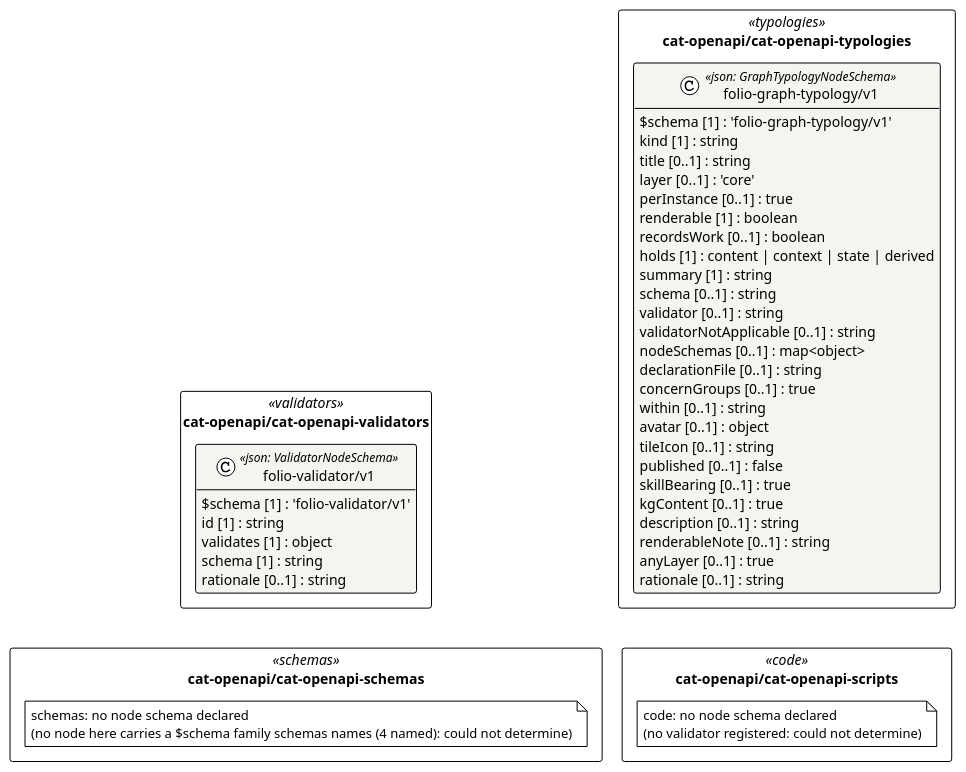
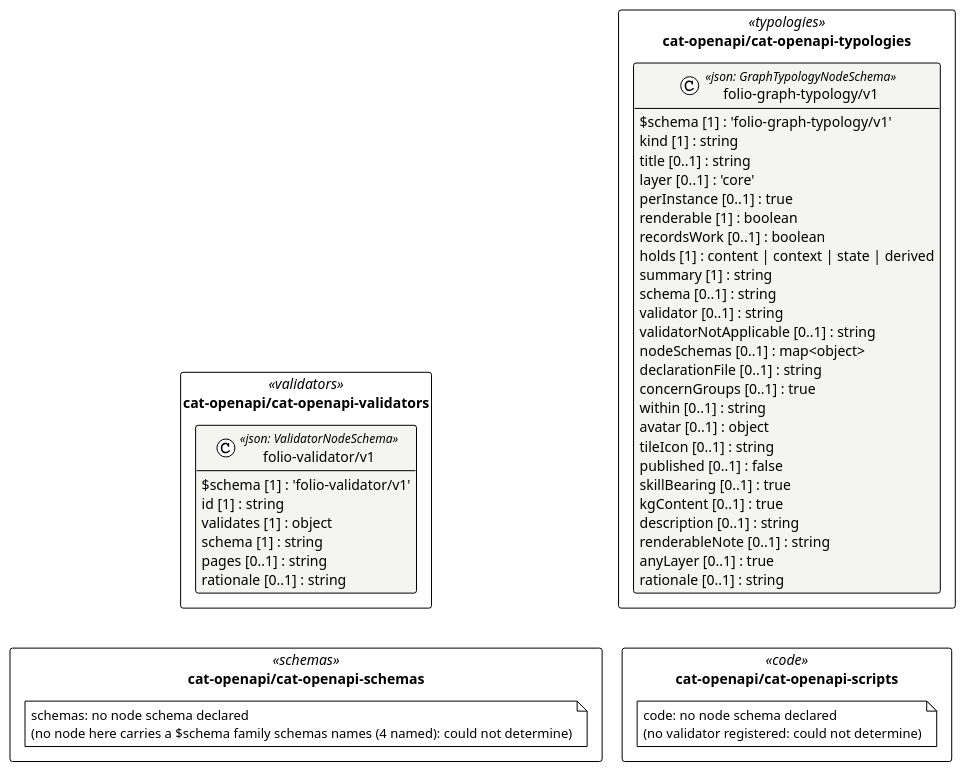
The diagram in cat-harness/uml/overview/cat-openapi.puml (litlfred/folio-assistant), drawn with PlantUML before and after one commit. The commit also changed 76 other files, not shown here.

```diff
--- a/cat-harness/uml/overview/cat-openapi.puml
+++ b/cat-harness/uml/overview/cat-openapi.puml
@@ -3,57 +3,58 @@
 @startuml cat_openapi
 !pragma layout elk
 !theme plain
 skinparam classAttributeIconSize 0
 skinparam shadowing false
 skinparam packageStyle rectangle
 hide empty methods
 
 package "cat-openapi/cat-openapi-validators" as pkg_cat_openapi_cat_openapi_validators <<validators>> {
   class "folio-validator/v1" as cat_openapi_cat_openapi_validators_folio_validator_v1_folio_validator_v1 <<json: ValidatorNodeSchema>> #f4f4f1 {
     $schema [1] : 'folio-validator/v1'
     id [1] : string
     validates [1] : object
     schema [1] : string
+    pages [0..1] : string
     rationale [0..1] : string
   }
 }
 package "cat-openapi/cat-openapi-typologies" as pkg_cat_openapi_cat_openapi_typologies <<typologies>> {
   class "folio-graph-typology/v1" as cat_openapi_cat_openapi_typologies_folio_graph_typology_v1_folio_graph_typology_v1 <<json: GraphTypologyNodeSchema>> #f4f4f1 {
     $schema [1] : 'folio-graph-typology/v1'
     kind [1] : string
     title [0..1] : string
     layer [0..1] : 'core'
     perInstance [0..1] : true
     renderable [1] : boolean
     recordsWork [0..1] : boolean
     holds [1] : content | context | state | derived
     summary [1] : string
     schema [0..1] : string
     validator [0..1] : string
     validatorNotApplicable [0..1] : string
     nodeSchemas [0..1] : map<object>
     declarationFile [0..1] : string
     concernGroups [0..1] : true
     within [0..1] : string
     avatar [0..1] : object
     tileIcon [0..1] : string
     published [0..1] : false
     skillBearing [0..1] : true
     kgContent [0..1] : true
     description [0..1] : string
     renderableNote [0..1] : string
     anyLayer [0..1] : true
     rationale [0..1] : string
   }
 }
 package "cat-openapi/cat-openapi-schemas" as pkg_cat_openapi_cat_openapi_schemas <<schemas>> {
   note "schemas: no node schema declared\n(no node here carries a $schema family schemas names (4 named): could not determine)" as n_cat_openapi_cat_openapi_schemas_schemas
 }
 package "cat-openapi/cat-openapi-scripts" as pkg_cat_openapi_cat_openapi_scripts <<code>> {
   note "code: no node schema declared\n(no validator registered: could not determine)" as n_cat_openapi_cat_openapi_scripts_code
 }
 
 ' grid: portrait, 2 column(s) — pkg_cat_openapi_cat_openapi_validators pkg_cat_openapi_cat_openapi_typologies pkg_cat_openapi_cat_openapi_schemas pkg_cat_openapi_cat_openapi_scripts
 pkg_cat_openapi_cat_openapi_validators -[hidden]down- pkg_cat_openapi_cat_openapi_schemas
 pkg_cat_openapi_cat_openapi_typologies -[hidden]down- pkg_cat_openapi_cat_openapi_scripts
 @enduml
```
